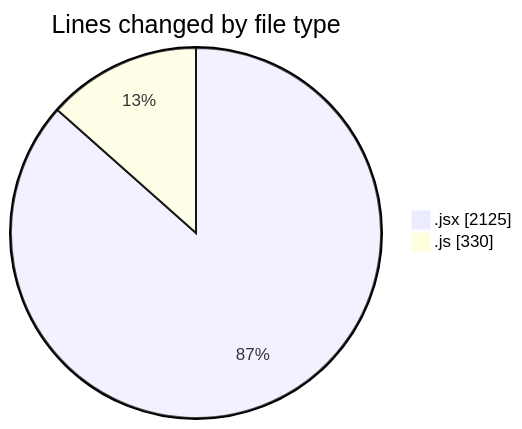
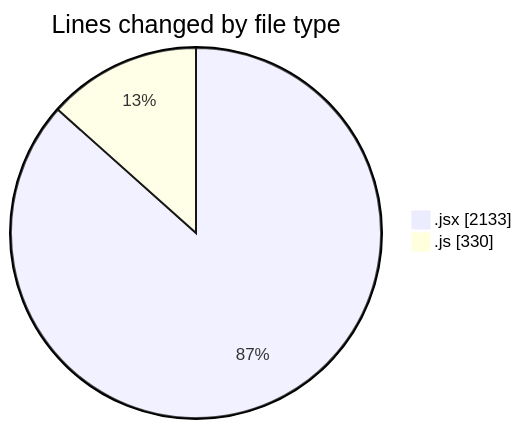
The first of 2 diagrams in 2025-07-30/nxtqube_webapp/README.md (nxtqubesakshisongat/code-tracking), drawn with Mermaid before and after one commit. The commit also changed other lines of this file and 1 other file, not shown here.

````diff
--- a/2025-07-30/nxtqube_webapp/README.md
+++ b/2025-07-30/nxtqube_webapp/README.md
@@ -24,6 +24,6 @@
 ```mermaid
 pie showData
 title Lines changed by file type
-".jsx" : 2125
+".jsx" : 2133
 ".js" : 330
 ```
````
